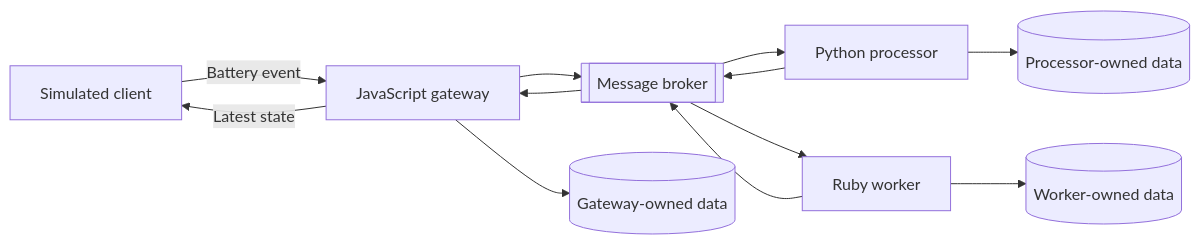
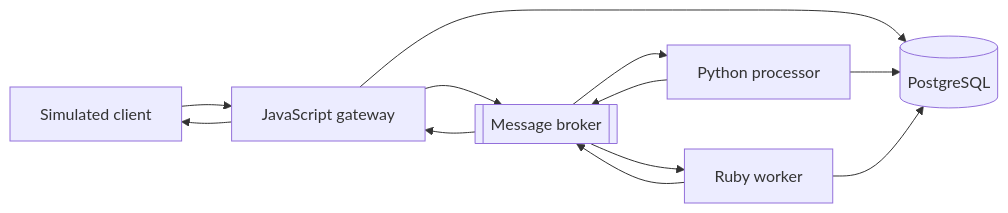
Before and after one commit to TraiLynneCore/tlcore: the diagram in README.md, drawn with Mermaid. The commit also changed other lines of this file and 18 other files, not shown here.

````diff
--- a/README.md
+++ b/README.md
@@ -34,15 +26,14 @@
 ```mermaid
 flowchart LR
-    Client[Simulated client] -->|Battery event| Gateway[JavaScript gateway]
+    Client[Simulated client] --> Gateway[JavaScript gateway]
     Gateway --> Broker[[Message broker]]
     Broker --> Processor[Python processor]
     Processor --> Broker
     Broker --> Worker[Ruby worker]
     Worker --> Broker
     Broker --> Gateway
-    Gateway -->|Latest state| Client
-
-    Gateway --> GatewayData[(Gateway-owned data)]
-    Processor --> ProcessorData[(Processor-owned data)]
-    Worker --> WorkerData[(Worker-owned data)]
+    Gateway --> Database[(PostgreSQL)]
+    Processor --> Database
+    Worker --> Database
+    Gateway --> Client
 ```
````
